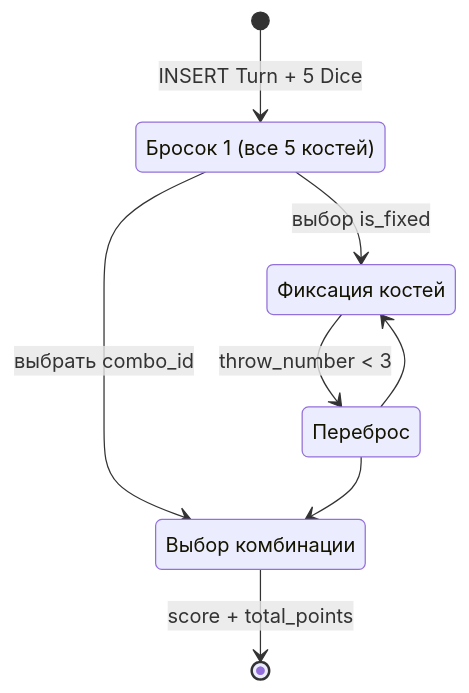
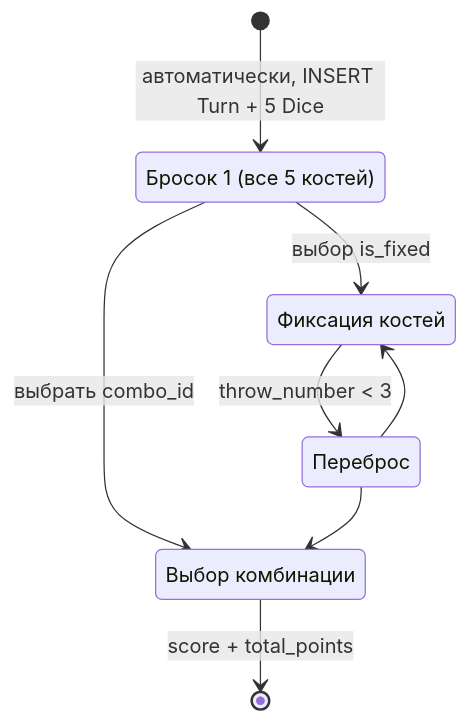
The second of 12 diagrams in docs/api-schema.md (seventwogth/databases-itmo), drawn with Mermaid before and after one commit. The commit also changed other lines of this file and 1 other file, not shown here.

First line of the commit message:
docs: merge game start and first dice throw into one request

````diff
--- a/docs/api-schema.md
+++ b/docs/api-schema.md
@@ -34,15 +34,15 @@
 ```mermaid
 stateDiagram-v2
     throw1 : Бросок 1 (все 5 костей)
     fix : Фиксация костей
     reroll : Переброс
     combo : Выбор комбинации
 
-    [*] --> throw1: INSERT Turn + 5 Dice
+    [*] --> throw1: автоматически, INSERT Turn + 5 Dice
     throw1 --> fix: выбор is_fixed
     fix --> reroll: throw_number < 3
     reroll --> fix
     throw1 --> combo: выбрать combo_id
     reroll --> combo
     combo --> [*]: score + total_points
 ```
````
